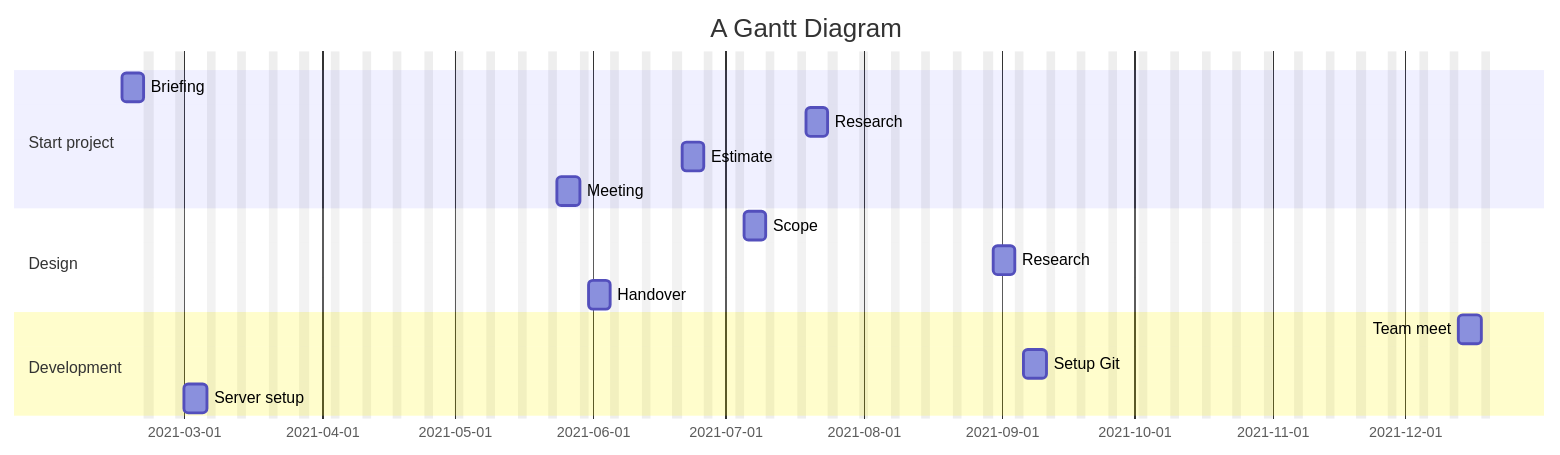
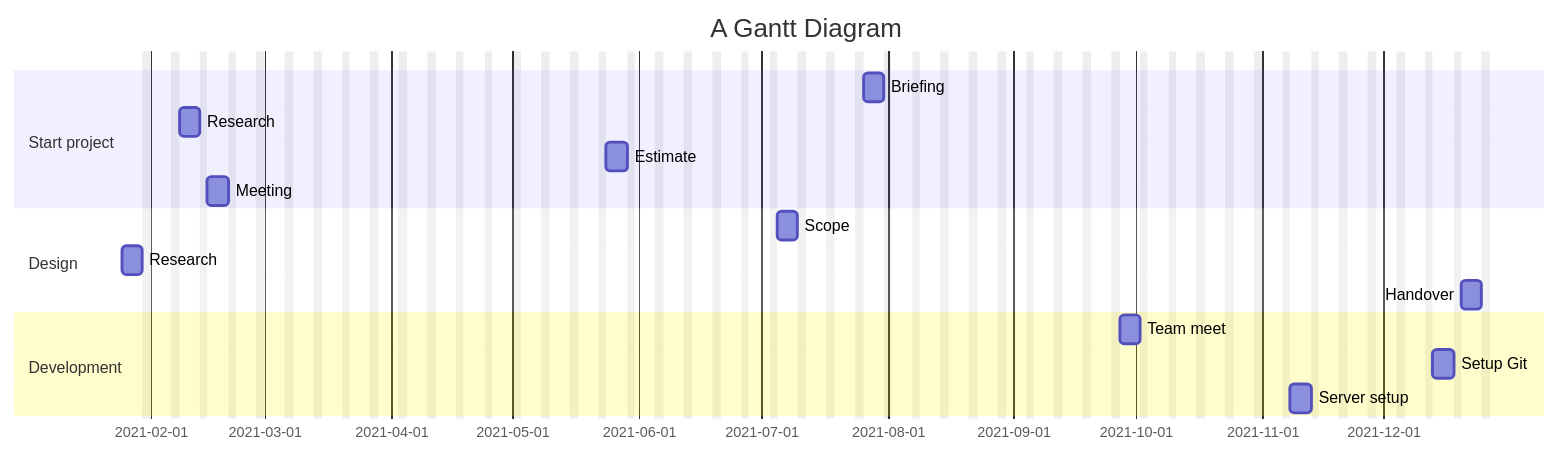
One commit to MatthijsKamstra/fonkee-issues changed the diagram in docs/data/planning_2021.csv.converted.md. Above: the diagram before and after it, drawn with Mermaid. The commit also changed 4 other files, not shown here.

````diff
--- a/docs/data/planning_2021.csv.converted.md
+++ b/docs/data/planning_2021.csv.converted.md
@@ -2,31 +2,31 @@
 ```mermaid
 gantt
 	title A Gantt Diagram
 	dateFormat  YYYY-MM-DD
 	excludes    weekends
 
 	%% section Section
 	%% A task           :a1, 2014-01-01, 30d
 	%% Another task     :after a1  , 20d
 	%% section Another
 	%% Task in sec      :2014-01-12  , 12d
 	%% another task      : 24d
 
 
 	section Start project
-	Briefing		:2021-02-15, 5d
-	Research		:2021-07-19, 5d
-	Estimate		:2021-06-21, 5d
-	Meeting		:2021-05-24, 5d
+	Briefing		:2021-07-26, 5d
+	Research		:2021-02-08, 5d
+	Estimate		:2021-05-24, 5d
+	Meeting		:2021-02-15, 5d
 
 	section Design
 	Scope		:2021-07-05, 5d
-	Research		:2021-08-30, 5d
-	Handover		:2021-05-31, 5d
+	Research		:2021-01-25, 5d
+	Handover		:2021-12-20, 5d
 
 	section Development
-	Team meet		:2021-12-13, 5d
-	Setup Git		:2021-09-06, 5d
-	Server setup		:2021-03-01, 5d
+	Team meet		:2021-09-27, 5d
+	Setup Git		:2021-12-13, 5d
+	Server setup		:2021-11-08, 5d
 
 ```
````
